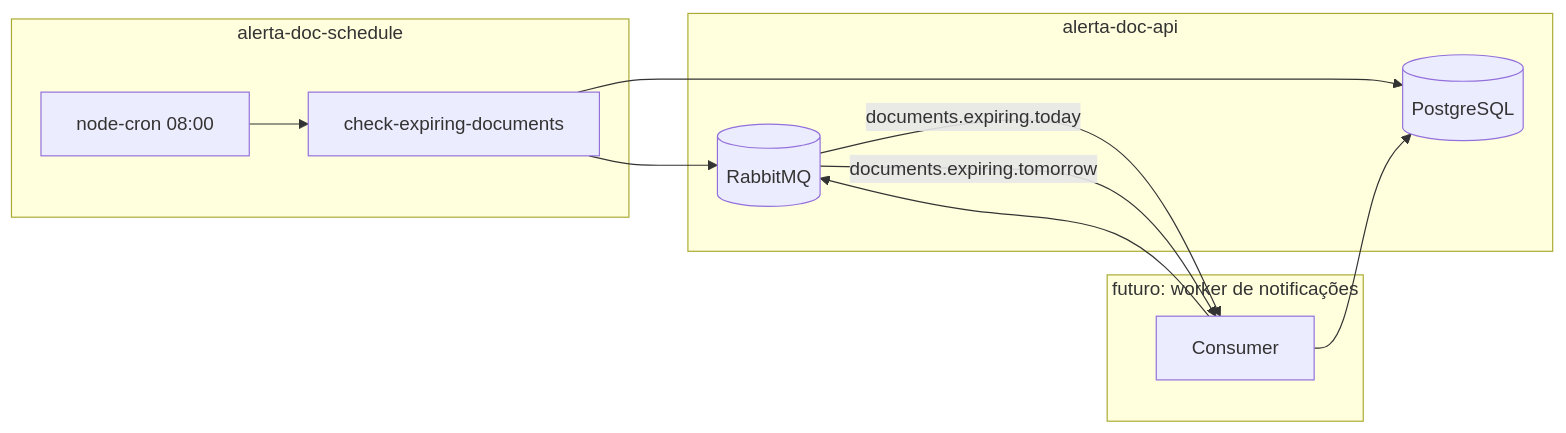
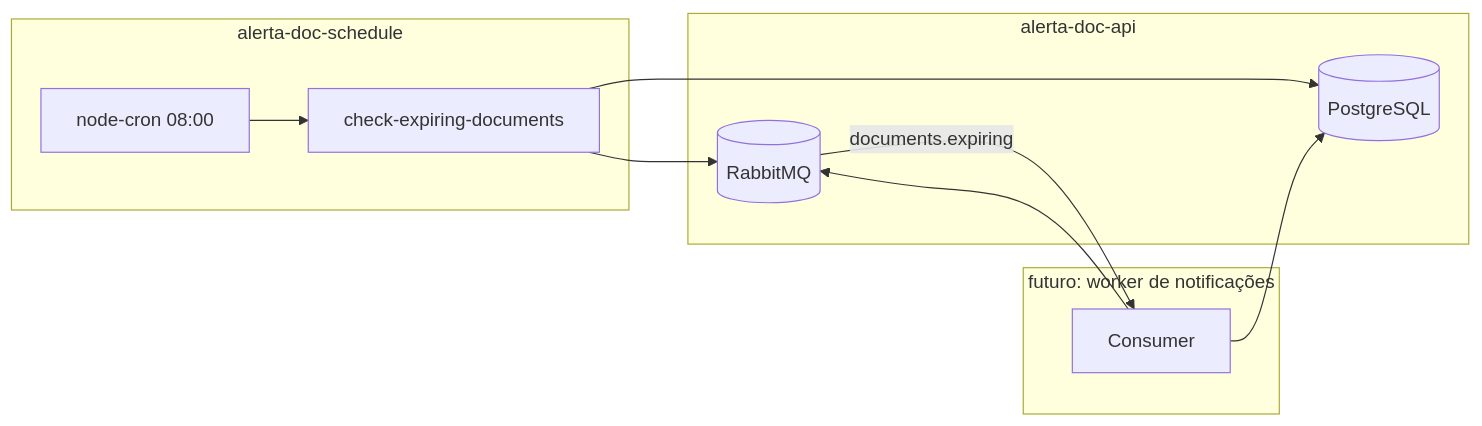
The first of 2 diagrams in README.md (yuriengcomp99/alerta-doc-schedule), drawn with Mermaid before and after one commit. The commit also changed other lines of this file and 5 other files, not shown here.

Commit message:
Use single documents.expiring queue with combined today/tomorrow batch per owner

````diff
--- a/README.md
+++ b/README.md
@@ -16,24 +16,23 @@
 ```mermaid
 flowchart LR
   subgraph api [alerta-doc-api]
     PG[(PostgreSQL)]
     RMQ[(RabbitMQ)]
   end
 
   subgraph schedule [alerta-doc-schedule]
     CRON[node-cron 08:00]
     JOB[check-expiring-documents]
     CRON --> JOB
     JOB --> PG
     JOB --> RMQ
   end
 
   subgraph worker [futuro: worker de notificações]
     CONS[Consumer]
     CONS --> RMQ
     CONS --> PG
   end
 
-  RMQ -->|documents.expiring.today| CONS
-  RMQ -->|documents.expiring.tomorrow| CONS
+  RMQ -->|documents.expiring| CONS
 ```
````
